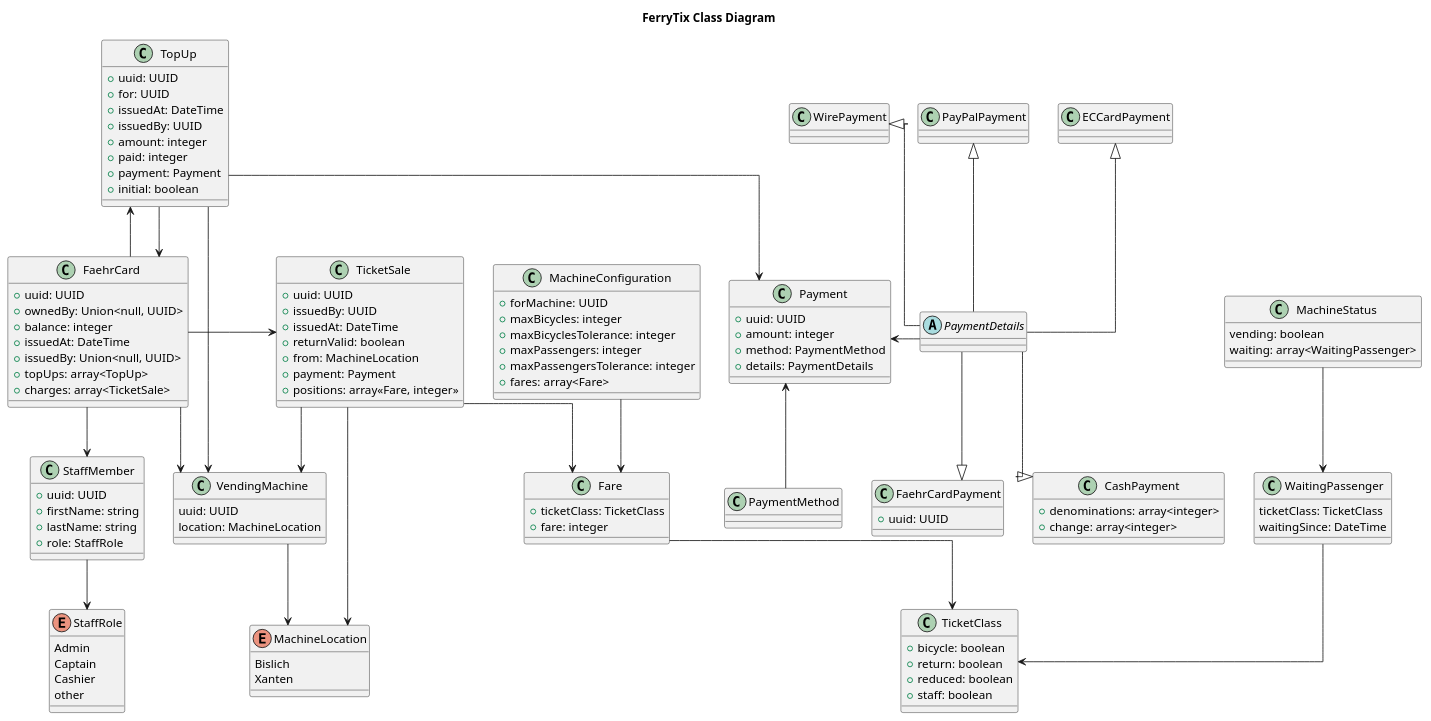
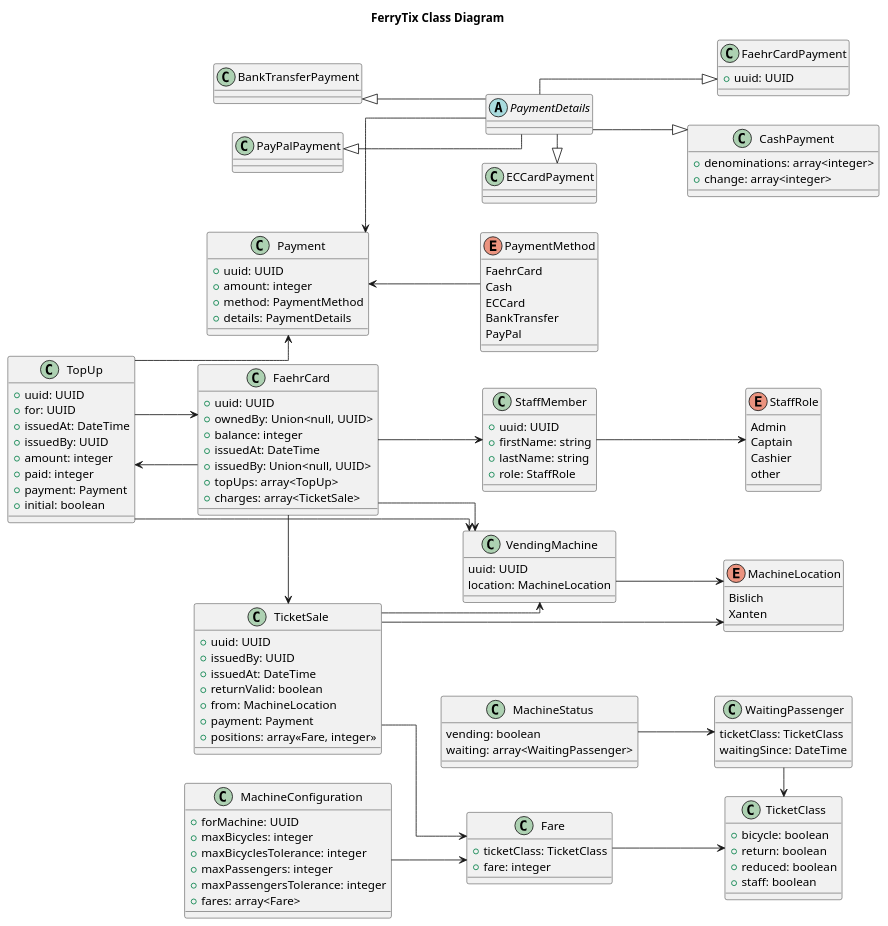
One commit to FerryTix/diagrams changed the diagram in src/class_diagram.puml. Above: the diagram before and after it, drawn with PlantUML.

Commit message:
update class diagram to comply with current api spec

```diff
--- a/src/class_diagram.puml
+++ b/src/class_diagram.puml
@@ -1,164 +1,173 @@
 @startuml
 skinparam linetype ortho
+left to right direction
 title: FerryTix Class Diagram
 abstract class PaymentDetails
 
 class FaehrCardPayment {
     + uuid: UUID
 }
 FaehrCardPayment <|-up- PaymentDetails
 
 class CashPayment {
     + denominations: array<integer>
     + change: array<integer>
 }
 
 CashPayment <|-up- PaymentDetails
 
 class ECCardPayment {
 
 }
 
-ECCardPayment <|-- PaymentDetails
+ECCardPayment <|-left PaymentDetails
 
-class WirePayment {
+class BankTransferPayment {
 
 }
 
-WirePayment <|-- PaymentDetails
+BankTransferPayment <|-- PaymentDetails
 
 class PayPalPayment {
 
 }
 
 PayPalPayment <|-- PaymentDetails
 
 class Payment {
     + uuid: UUID
     + amount: integer
     + method: PaymentMethod
     + details: PaymentDetails
 }
 
 Payment <-- PaymentMethod
-Payment <- PaymentDetails
+Payment <-- PaymentDetails
+
+enum PaymentMethod {
+    FaehrCard
+    Cash
+    ECCard
+    BankTransfer
+    PayPal
+}
 
 class TicketSale {
     + uuid: UUID
     + issuedBy: UUID
     + issuedAt: DateTime
     + returnValid: boolean
     + from: MachineLocation
     + payment: Payment
     + positions: array<<Fare, integer>>
 }
 
 TicketSale--> VendingMachine
 TicketSale--> MachineLocation
 TicketSale --> Fare
 
 class TicketClass {
     + bicycle: boolean
     + return: boolean
     + reduced: boolean
     + staff: boolean
 }
 
 class TopUp {
     + uuid: UUID
     + for: UUID
     + issuedAt: DateTime
     + issuedBy: UUID
     + amount: integer
     + paid: integer
     + payment: Payment
     + initial: boolean
 }
 
 TopUp--> FaehrCard
 TopUp--> VendingMachine
 TopUp--> Payment
 
 class StaffMember {
     + uuid: UUID
     + firstName: string
     + lastName: string
     + role: StaffRole
 }
 
 StaffMember--> StaffRole
 
 enum StaffRole {
     Admin
     Captain
     Cashier
     other
 }
 
 class FaehrCard {
     + uuid: UUID
     + ownedBy: Union<null, UUID>
     + balance: integer
     + issuedAt: DateTime
     + issuedBy: Union<null, UUID>
     + topUps: array<TopUp>
     + charges: array<TicketSale>
 }
 
 FaehrCard--> StaffMember
 FaehrCard--> VendingMachine
 FaehrCard--> TopUp
 FaehrCard-> TicketSale
 
 class MachineConfiguration {
     + forMachine: UUID
     + maxBicycles: integer
     + maxBicyclesTolerance: integer
     + maxPassengers: integer
     + maxPassengersTolerance: integer
     + fares: array<Fare>
 }
 
 MachineConfiguration--> Fare
 
 class Fare {
     + ticketClass: TicketClass
     + fare: integer
 }
 
 Fare--> TicketClass
 
 ' enum MachineCommand {
 '     setSignalRed
 '     setSignalGreen
 '     stopVending
 '     startVending
 ' }
 
 enum MachineLocation {
     Bislich
     Xanten
 }
 
 class VendingMachine {
     uuid: UUID
     location: MachineLocation
 }
 
 VendingMachine--> MachineLocation
 
 class MachineStatus {
     vending: boolean
     waiting: array<WaitingPassenger>
 }
 
 MachineStatus--> WaitingPassenger
 
 class WaitingPassenger {
     ticketClass: TicketClass
     waitingSince: DateTime
 }
 
-WaitingPassenger--> TicketClass
+WaitingPassenger-> TicketClass
 
 @enduml
```
